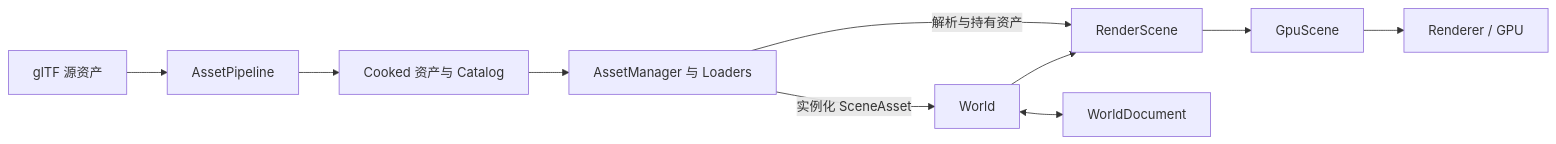
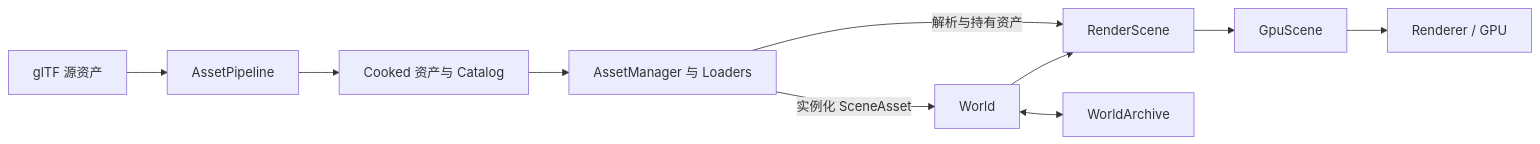
One commit to hanyangl5/horizon changed the diagram in Docs/WorldTutorial.md. Above: the diagram before and after it, drawn with Mermaid. The commit also changed other lines of this file and 10 other files, not shown here.

First line of the commit message:
Rename WorldDocument to WorldArchive

````diff
--- a/Docs/WorldTutorial.md
+++ b/Docs/WorldTutorial.md
@@ -23,12 +23,12 @@
 ```mermaid
 flowchart LR
     source[glTF 源资产] --> cook[AssetPipeline]
     cook --> cooked[Cooked 资产与 Catalog]
     cooked --> assetManager[AssetManager 与 Loaders]
     assetManager -->|实例化 SceneAsset| world[World]
     world --> scene[RenderScene]
     assetManager -->|解析与持有资产| scene
     scene --> gpu[GpuScene]
     gpu --> renderer[Renderer / GPU]
-    world <--> document[WorldDocument]
+    world <--> archive[WorldArchive]
 ```
````
